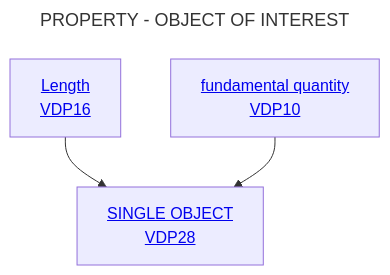
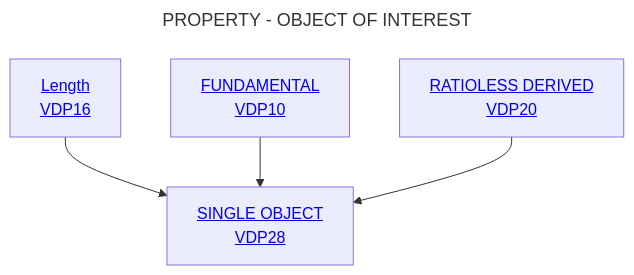
Before and after one commit to mabablue/I-ADOPT-patterns-playground: the diagram in Decisition_trees/DT6.mmd, drawn with Mermaid.

```diff
--- a/Decisition_trees/DT6.mmd
+++ b/Decisition_trees/DT6.mmd
@@ -1,6 +1,7 @@
 ---
 title: PROPERTY - OBJECT OF INTEREST
 ---
 flowchart TD
     A[<a href='https://github.com/mabablue/I-ADOPT-patterns-playground/blob/main/pattern/VDP16.yaml'>Length <br> VDP16</a>] --> C[<a href='https://github.com/mabablue/I-ADOPT-patterns-playground/blob/main/pattern/VDP16.yaml'>SINGLE OBJECT <br> VDP28</a>]
-    B[<a href='https://github.com/mabablue/I-ADOPT-patterns-playground/blob/main/pattern/VDP10.yaml'>fundamental quantity <br> VDP10</a>]  --> C
+    B[<a href='https://github.com/mabablue/I-ADOPT-patterns-playground/blob/main/pattern/VDP10.yaml'>FUNDAMENTAL <br> VDP10</a>]  --> C
+    D[<a href='https://github.com/mabablue/I-ADOPT-patterns-playground/blob/main/pattern/VDP10.yaml'>RATIOLESS DERIVED <br> VDP20</a>] --> C
```
